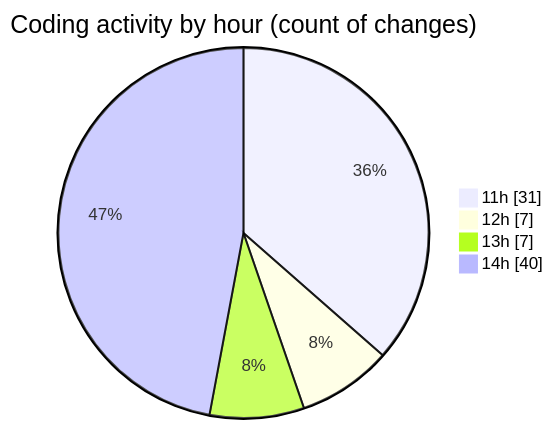
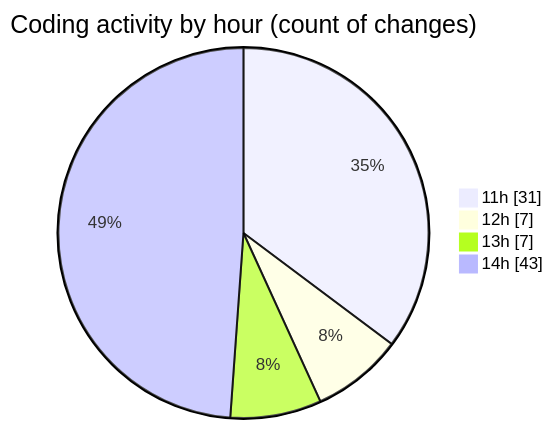
The second of 2 diagrams in 2025-07-23/nxtqube_webapp/README.md (nxtqubesakshisongat/code-tracking), drawn with Mermaid before and after one commit. The commit also changed other lines of this file and 1 other file, not shown here.

````diff
--- a/2025-07-23/nxtqube_webapp/README.md
+++ b/2025-07-23/nxtqube_webapp/README.md
@@ -51,8 +51,8 @@
 ```mermaid
 pie showData
 title Coding activity by hour (count of changes)
 "11h" : 31
 "12h" : 7
 "13h" : 7
-"14h" : 40
+"14h" : 43
 ```
````
